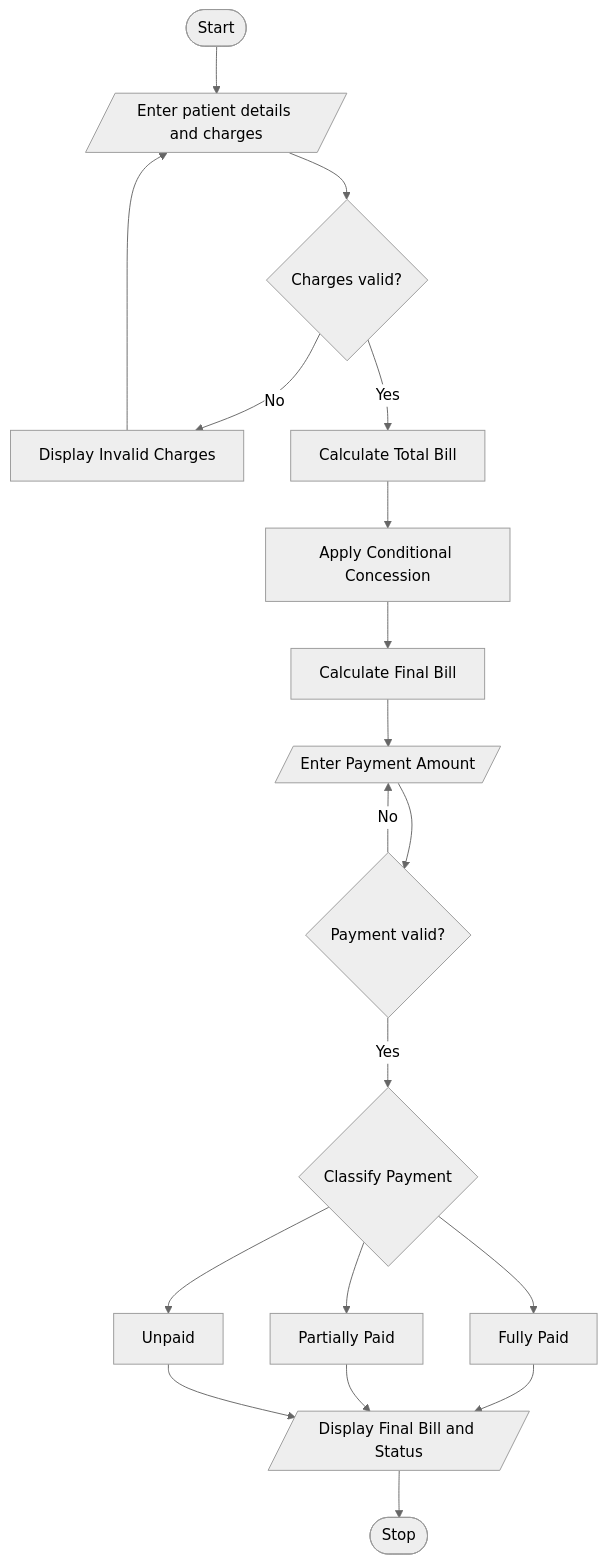
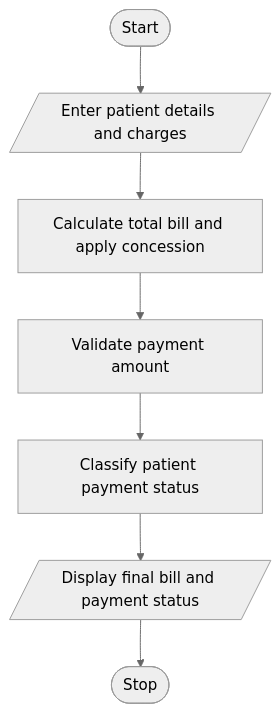
The diagram in TASK3/CODE.MD (hariniburri2628/PYTHON-ACTIVITY-BASED-LEARNING), drawn with Mermaid (neutral theme) before and after one commit.

````diff
--- a/TASK3/CODE.MD
+++ b/TASK3/CODE.MD
@@ -39,21 +39,11 @@
 ```mermaid
+
 flowchart TD
     A([Start]) --> B[/Enter patient details and charges/]
-    B --> C{Charges valid?}
-    C -- No --> D[Display Invalid Charges]
-    D --> B
-    C -- Yes --> E[Calculate Total Bill]
-    E --> F[Apply Conditional Concession]
-    F --> G[Calculate Final Bill]
-    G --> H[/Enter Payment Amount/]
-    H --> I{Payment valid?}
-    I -- No --> H
-    I -- Yes --> J{Classify Payment}
-    J --> K[Fully Paid]
-    J --> L[Partially Paid]
-    J --> M[Unpaid]
-    K --> N[/Display Final Bill and Status/]
-    L --> N
-    M --> N
-    N --> O([Stop])
+    B --> C[Calculate total bill and apply concession]
+    C --> D[Validate payment amount]
+    D --> E[Classify patient payment status]
+    E --> F[/Display final bill and payment status/]
+    F --> G([Stop])
+
 ```
````
